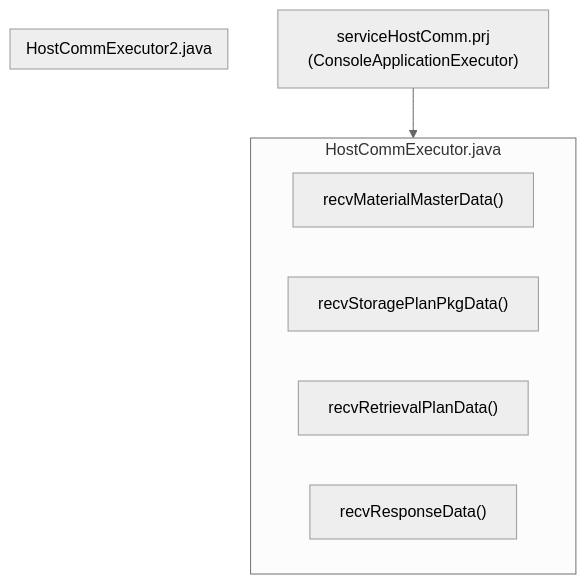
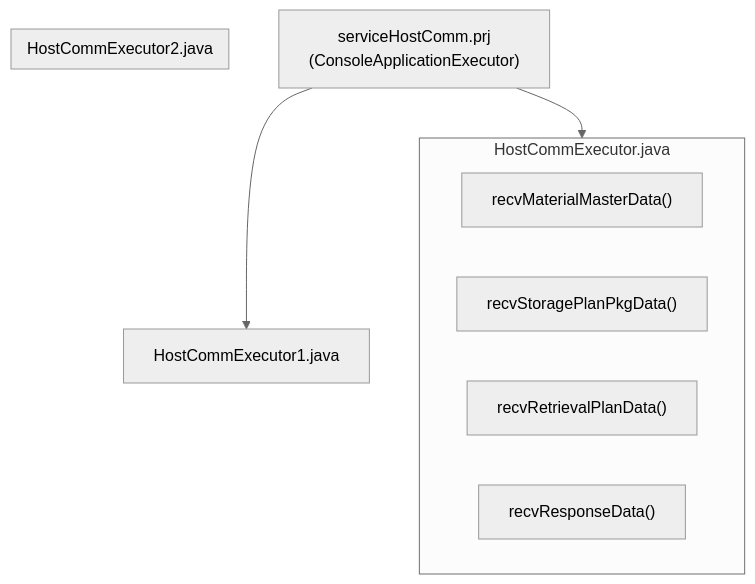
One commit to luthfiadityaa/SimeDarby-Wiki changed the first of 2 diagrams in Basic-Design/Host-Interfaces.md. Above: the diagram before and after it, drawn with Mermaid (neutral theme).

Commit message:
Updated Host Interfaces

```diff
--- a/Basic-Design/Host-Interfaces.md
+++ b/Basic-Design/Host-Interfaces.md
@@ -30,19 +30,21 @@
 ::: mermaid
 flowchart TD
  C1["serviceHostComm.prj<br>(ConsoleApplicationExecutor)"]           
  C1 --> HostCommExecutor.java
+C1 --> HostCommExecutor1.java
+
 
 subgraph HostCommExecutor.java
  C2["recvMaterialMasterData()"]
  C3["recvStoragePlanPkgData()"]
  C4["recvRetrievalPlanData()"]
  C5["recvResponseData()"]
 end
 
 subgraph HostCommExecutor2.java
  C2["recvMaterialMasterData()"]
  C3["recvStoragePlanPkgData()"]
  C4["recvRetrievalPlanData()"]
  C5["recvResponseData()"]
 end
 :::
```
